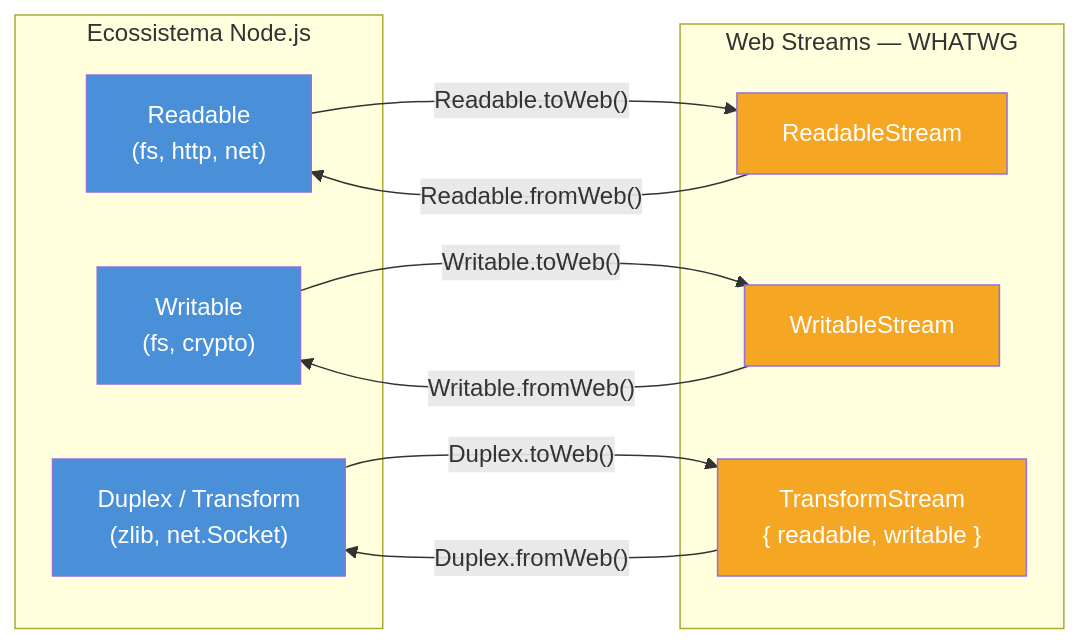
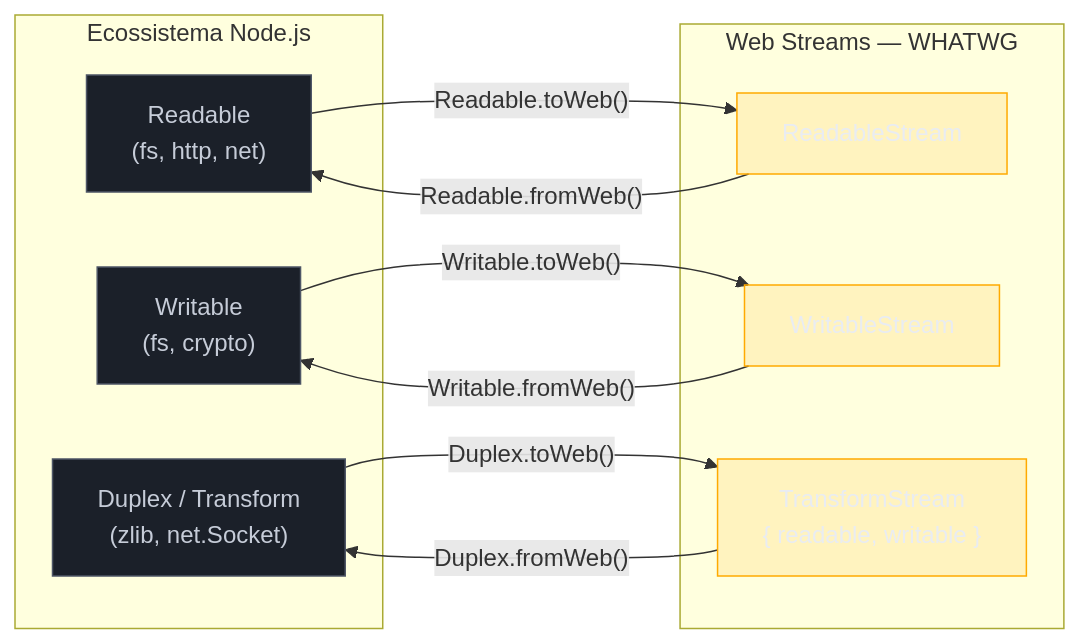
One commit to josenaldo/codex-technomanticus changed the diagram in 03-Dominios/Tecnologia/Node/Streams/09 - Web Streams - interop com padrão universal.md. Above: the diagram before and after it, drawn with Mermaid. The commit also changed 1181 other files, not shown here.

First line of the commit message:
fix(diagramas): paleta do sistema no lugar de cor cravada no markdown

````diff
--- a/03-Dominios/Tecnologia/Node/Streams/09 - Web Streams - interop com padrão universal.md
+++ b/03-Dominios/Tecnologia/Node/Streams/09 - Web Streams - interop com padrão universal.md
@@ -255,26 +255,28 @@
 ```mermaid
 flowchart LR
+    classDef neutro fill:#1B2029,stroke:#4E5666,color:#C6CCD8
+    classDef destaque fill:#FFAA0024,stroke:#FFAA00,color:#E9ECF2
     subgraph Node["Ecossistema Node.js"]
         NR["Readable\n(fs, http, net)"]
         NW["Writable\n(fs, crypto)"]
         ND["Duplex / Transform\n(zlib, net.Socket)"]
     end
     subgraph Web["Web Streams — WHATWG"]
         WR["ReadableStream"]
         WW["WritableStream"]
         WT["TransformStream\n{ readable, writable }"]
     end
     NR -- "Readable.toWeb()" --> WR
     WR -- "Readable.fromWeb()" --> NR
     NW -- "Writable.toWeb()" --> WW
     WW -- "Writable.fromWeb()" --> NW
     ND -- "Duplex.toWeb()" --> WT
     WT -- "Duplex.fromWeb()" --> ND
 
-    style NR fill:#4A90D9,color:#fff
-    style NW fill:#4A90D9,color:#fff
-    style ND fill:#4A90D9,color:#fff
-    style WR fill:#F5A623,color:#fff
-    style WW fill:#F5A623,color:#fff
-    style WT fill:#F5A623,color:#fff
+    class NR neutro
+    class NW neutro
+    class ND neutro
+    class WR destaque
+    class WW destaque
+    class WT destaque
 ```
````
